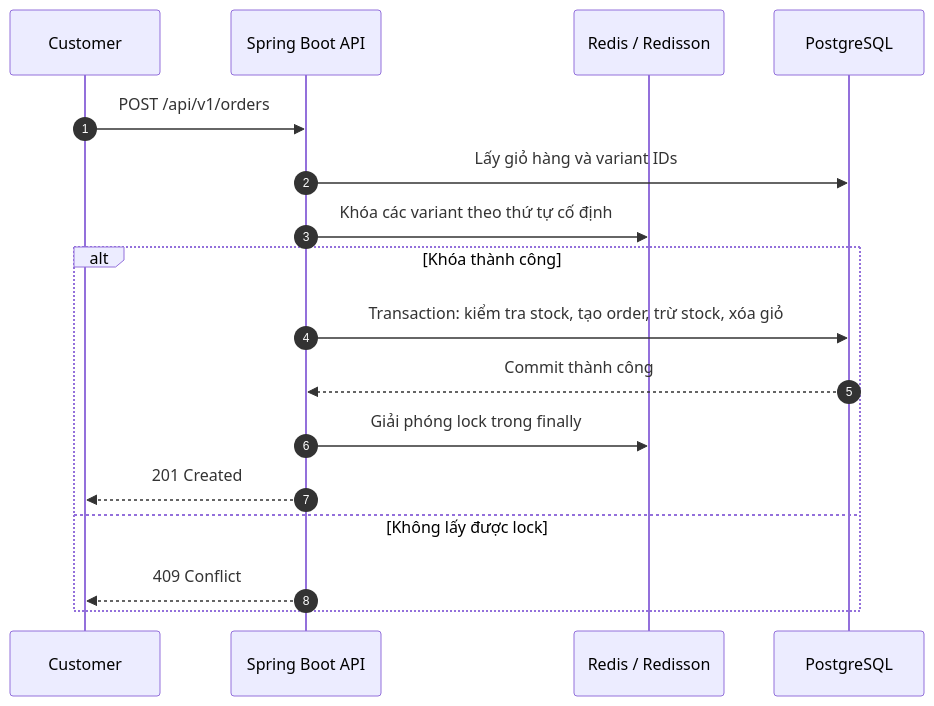
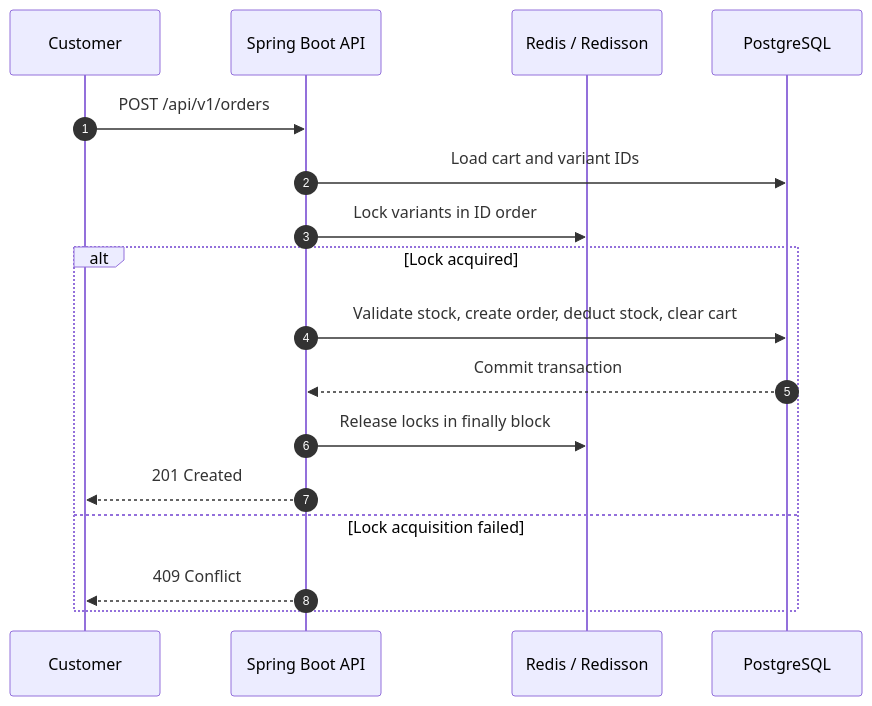
The second of 3 diagrams in README.md (viettuan27/gaming-gear-api), drawn with Mermaid before and after one commit. The commit also changed other lines of this file, not shown here.

````diff
--- a/README.md
+++ b/README.md
@@ -33,20 +42,20 @@
 ```mermaid
 sequenceDiagram
     autonumber
     participant C as Customer
     participant A as Spring Boot API
     participant R as Redis / Redisson
     participant D as PostgreSQL
 
     C->>A: POST /api/v1/orders
-    A->>D: Lấy giỏ hàng và variant IDs
-    A->>R: Khóa các variant theo thứ tự cố định
-    alt Khóa thành công
-        A->>D: Transaction: kiểm tra stock, tạo order, trừ stock, xóa giỏ
-        D-->>A: Commit thành công
-        A->>R: Giải phóng lock trong finally
+    A->>D: Load cart and variant IDs
+    A->>R: Lock variants in ID order
+    alt Lock acquired
+        A->>D: Validate stock, create order, deduct stock, clear cart
+        D-->>A: Commit transaction
+        A->>R: Release locks in finally block
         A-->>C: 201 Created
-    else Không lấy được lock
+    else Lock acquisition failed
         A-->>C: 409 Conflict
     end
 ```
````
